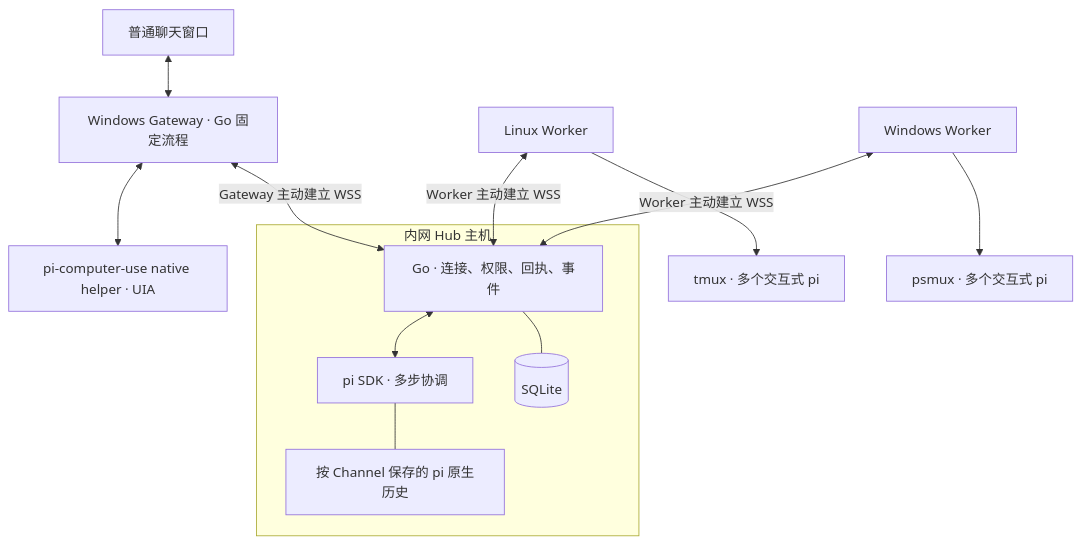
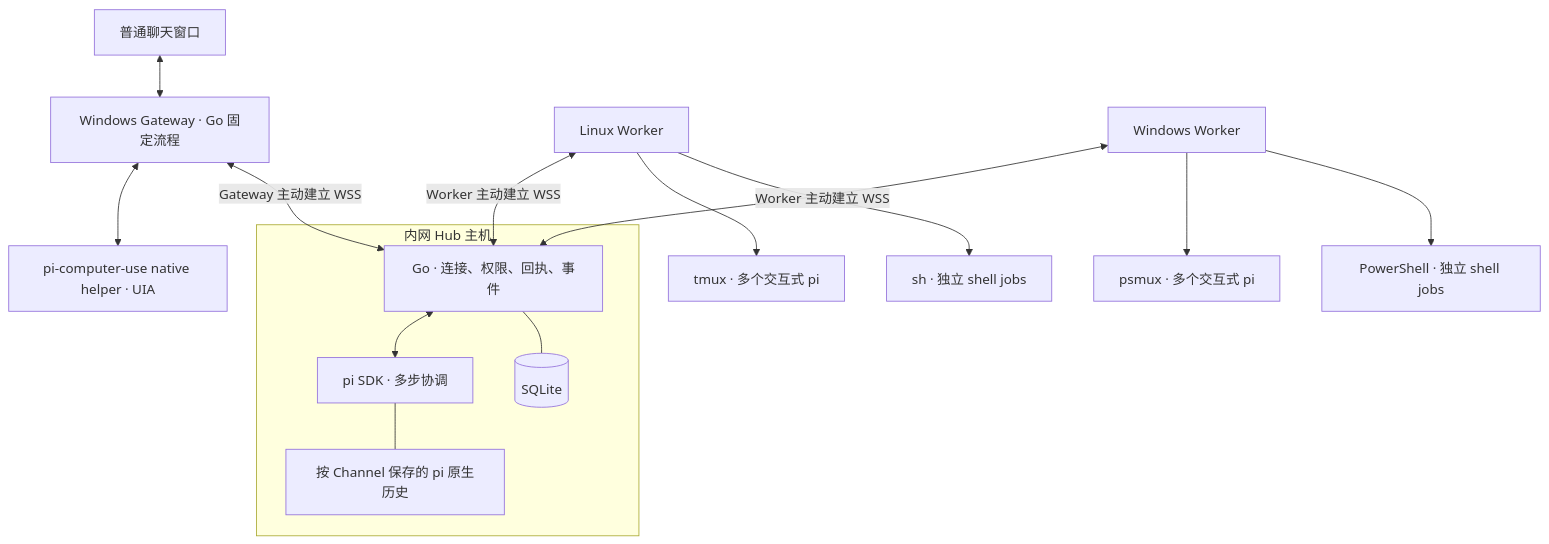
One commit to thune-xiaobai/relaydock changed the diagram in docs/architecture.md. Above: the diagram before and after it, drawn with Mermaid. The commit also changed other lines of this file and 28 other files, not shown here.

Commit message:
Add remote shell jobs to Hub and Worker

````diff
--- a/docs/architecture.md
+++ b/docs/architecture.md
@@ -15,16 +15,18 @@
 ```mermaid
 flowchart TB
     Chat[普通聊天窗口] <--> Gateway[Windows Gateway · Go 固定流程]
     Gateway <--> Helper[pi-computer-use native helper · UIA]
     Gateway <-->|Gateway 主动建立 WSS| Hub
     subgraph Center[内网 Hub 主机]
         Hub[Go · 连接、权限、回执、事件]
         Hub <--> Loop[pi SDK · 多步协调]
         Hub --- DB[(SQLite)]
         Loop --- History[按 Channel 保存的 pi 原生历史]
     end
     W1[Linux Worker] <-->|Worker 主动建立 WSS| Hub
     W2[Windows Worker] <-->|Worker 主动建立 WSS| Hub
     W1 --> A1[tmux · 多个交互式 pi]
     W2 --> A2[psmux · 多个交互式 pi]
+    W1 --> S1[sh · 独立 shell jobs]
+    W2 --> S2[PowerShell · 独立 shell jobs]
 ```
````
